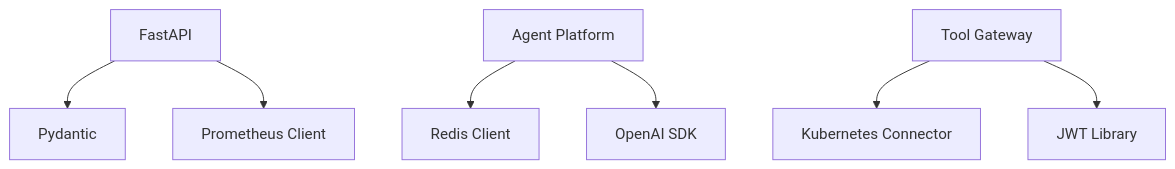
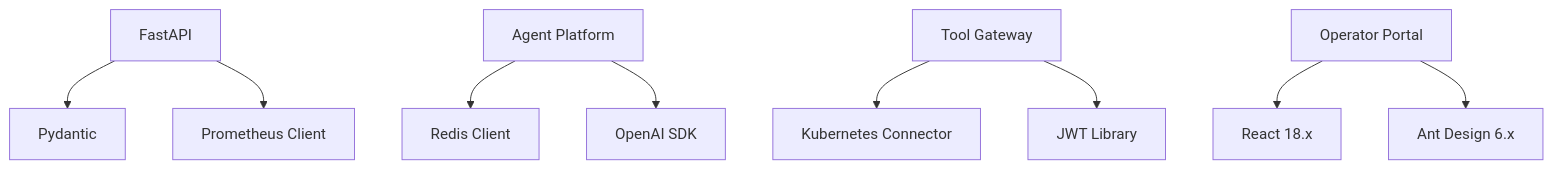
One commit to metasync/luban-aiops changed diagram 14 of 14 in .qoder/repowiki/en/content/Architecture Documentation/Technology Stack & Frameworks.md. Above: the diagram before and after it, drawn with Mermaid. The commit also changed other lines of this file and 6 other files, not shown here.

````diff
--- a/.qoder/repowiki/en/content/Architecture Documentation/Technology Stack & Frameworks.md
+++ b/.qoder/repowiki/en/content/Architecture Documentation/Technology Stack & Frameworks.md
@@ -446,9 +511,11 @@
 ```mermaid
 graph TB
 FastAPI["FastAPI"] --> Pydantic["Pydantic"]
 FastAPI --> Prometheus["Prometheus Client"]
 Agent["Agent Platform"] --> Redis["Redis Client"]
 Agent --> OpenAI["OpenAI SDK"]
 Gateway["Tool Gateway"] --> K8S["Kubernetes Connector"]
 Gateway --> JWT["JWT Library"]
+Portal["Operator Portal"] --> React["React 18.x"]
+Portal --> AntDesign["Ant Design 6.x"]
 ```
````
